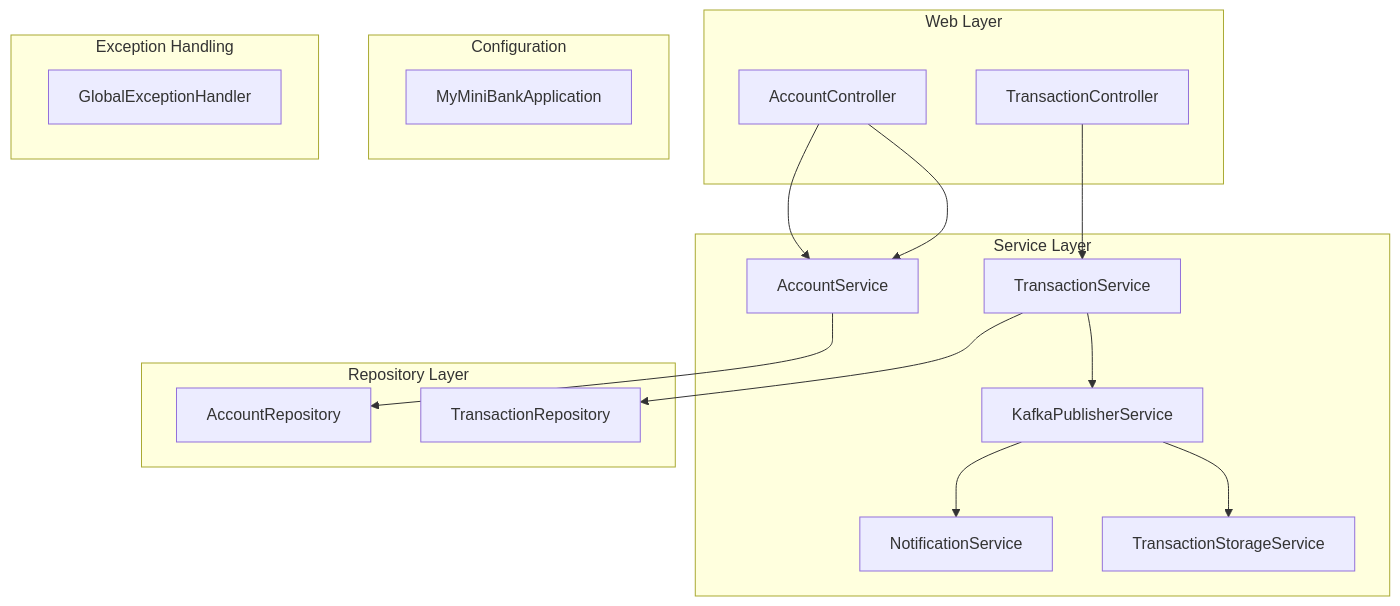
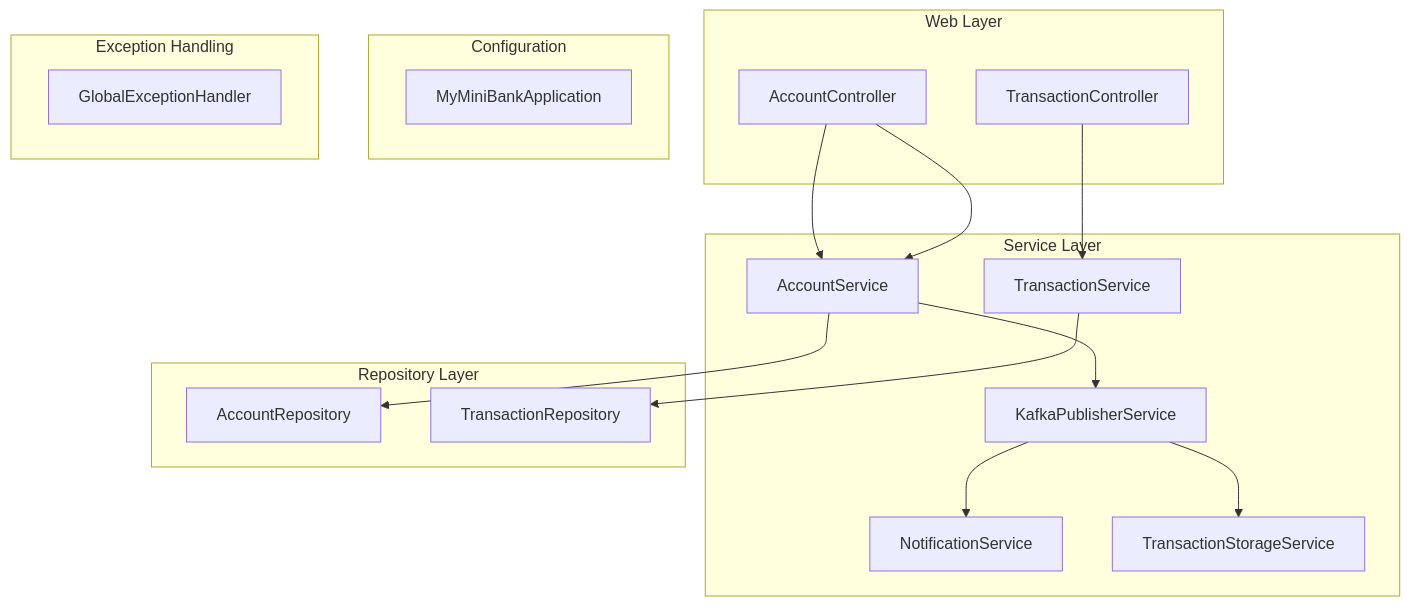
One commit to santorog/myminibank changed the diagram in README.md. Above: the diagram before and after it, drawn with Mermaid.

Commit message:
Final diagram

````diff
--- a/README.md
+++ b/README.md
@@ -21,38 +21,38 @@
 ```mermaid
 graph TD
     subgraph Web Layer
         A1[AccountController]
         T1[TransactionController]
     end
 
     subgraph Service Layer
         S1[AccountService]
         S2[TransactionService]
         K1[KafkaPublisherService]
         N1[NotificationService]
         ST1[TransactionStorageService]
     end
 
     subgraph Repository Layer
         R1[AccountRepository]
         R2[TransactionRepository]
     end
 
     subgraph Configuration
         Main[MyMiniBankApplication]
     end
 
     subgraph Exception Handling
         EH[GlobalExceptionHandler]
     end
 
     %% Relations
     A1 --> S1
     A1 --> S1
     T1 --> S2
     S1 --> R1
     S2 --> R2
-    S2 --> K1
+    S1 --> K1
     K1 --> N1
     K1 --> ST1
 ```
````
